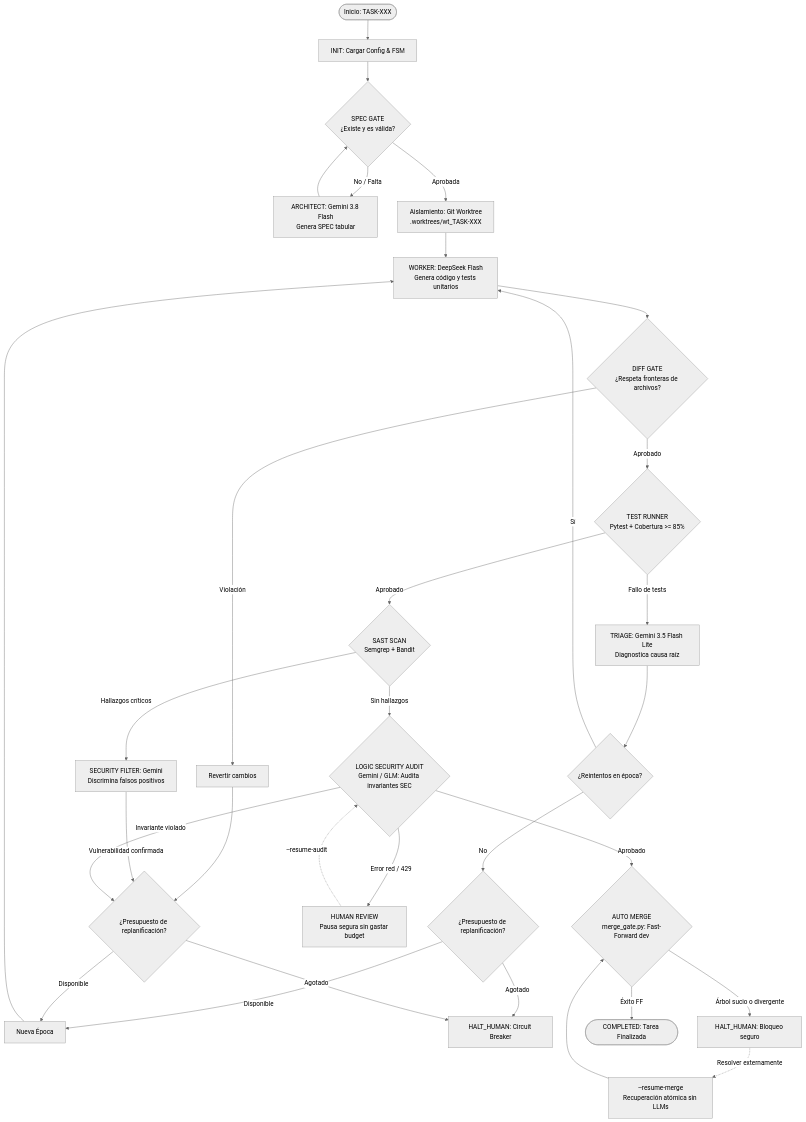
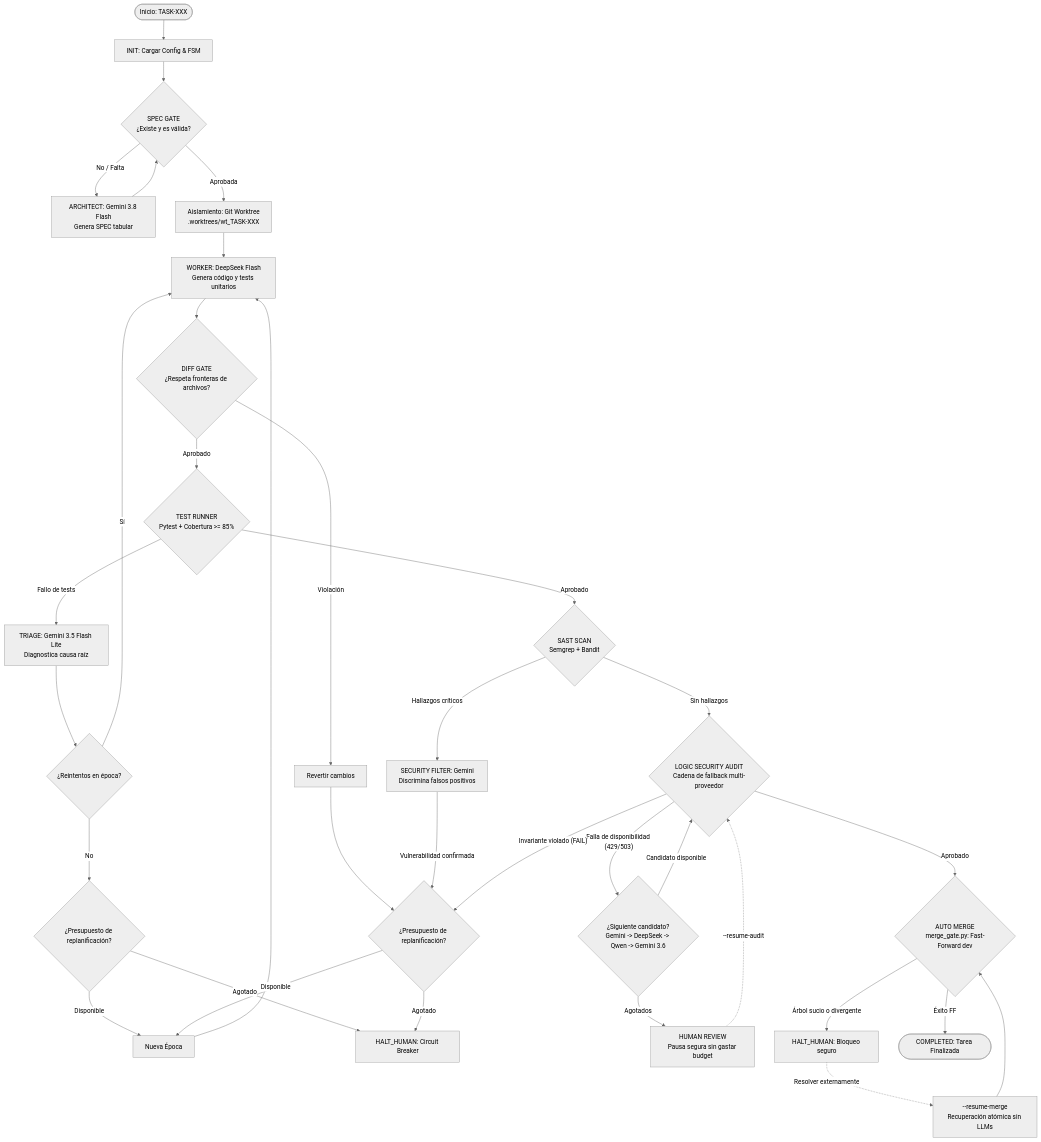
Before and after one commit to LE0ST/autonomous-multi-agent-software-factory: the diagram in README_ES.md, drawn with Mermaid (neutral theme). The commit also changed other lines of this file and 3 other files, not shown here.

Commit message:
docs: document TASK-005 case study and multi-provider logic audit fallback

````diff
--- a/README_ES.md
+++ b/README_ES.md
@@ -38,41 +38,43 @@
 ```mermaid
 flowchart TD
     Start([Inicio: TASK-XXX]) --> INIT[INIT: Cargar Config & FSM]
     INIT --> SPEC_GATE{SPEC GATE<br/>¿Existe y es válida?}
 
     SPEC_GATE -- No / Falta --> ARCHITECT[ARCHITECT: Gemini 3.8 Flash<br/>Genera SPEC tabular]
     ARCHITECT --> SPEC_GATE
 
     SPEC_GATE -- Aprobada --> WORKTREE[Aislamiento: Git Worktree<br/>.worktrees/wt_TASK-XXX]
     WORKTREE --> WORKER[WORKER: DeepSeek Flash<br/>Genera código y tests unitarios]
 
     WORKER --> DIFF_GATE{DIFF GATE<br/>¿Respeta fronteras de archivos?}
     DIFF_GATE -- Violación --> REVERT_DIFF[Revertir cambios] --> REPLAN_SEC{¿Presupuesto de replanificación?}
 
     DIFF_GATE -- Aprobado --> TESTING{TEST RUNNER<br/>Pytest + Cobertura >= 85%}
     TESTING -- Fallo de tests --> TRIAGE[TRIAGE: Gemini 3.5 Flash Lite<br/>Diagnostica causa raíz]
     TRIAGE --> RETRY_EPOCH{¿Reintentos en época?}
     RETRY_EPOCH -- Sí --> WORKER
     RETRY_EPOCH -- No --> REPLAN_LOG{¿Presupuesto de replanificación?}
     REPLAN_LOG -- Disponible --> NEW_EPOCH[Nueva Época] --> WORKER
     REPLAN_LOG -- Agotado --> HALT_HUMAN[HALT_HUMAN: Circuit Breaker]
 
     TESTING -- Aprobado --> SAST{SAST SCAN<br/>Semgrep + Bandit}
     SAST -- Hallazgos críticos --> SAST_FILTER[SECURITY FILTER: Gemini<br/>Discrimina falsos positivos]
     SAST_FILTER -- Vulnerabilidad confirmada --> REPLAN_SEC
     REPLAN_SEC -- Disponible --> NEW_EPOCH
     REPLAN_SEC -- Agotado --> HALT_HUMAN
 
-    SAST -- Sin hallazgos --> LOGIC_AUDIT{LOGIC SECURITY AUDIT<br/>Gemini / GLM: Audita invariantes SEC}
-    LOGIC_AUDIT -- Error red / 429 --> HUMAN_REVIEW[HUMAN REVIEW<br/>Pausa segura sin gastar budget]
-    LOGIC_AUDIT -- Invariante violado --> REPLAN_SEC
+    SAST -- Sin hallazgos --> LOGIC_AUDIT{LOGIC SECURITY AUDIT<br/>Cadena de fallback multi-proveedor}
+    LOGIC_AUDIT -- Falla de disponibilidad (429/503) --> FALLBACK{¿Siguiente candidato?<br/>Gemini -> DeepSeek -> Qwen -> Gemini 3.6}
+    FALLBACK -- Candidato disponible --> LOGIC_AUDIT
+    FALLBACK -- Agotados --> HUMAN_REVIEW[HUMAN REVIEW<br/>Pausa segura sin gastar budget]
+    LOGIC_AUDIT -- Invariante violado (FAIL) --> REPLAN_SEC
 
     HUMAN_REVIEW -. --resume-audit .-> LOGIC_AUDIT
 
     LOGIC_AUDIT -- Aprobado --> AUTO_MERGE{AUTO MERGE<br/>merge_gate.py: Fast-Forward dev}
     AUTO_MERGE -- Árbol sucio o divergente --> HALT_MERGE[HALT_HUMAN: Bloqueo seguro]
     AUTO_MERGE -- Éxito FF --> COMPLETED([COMPLETED: Tarea Finalizada])
 
     HALT_MERGE -. Resolver externamente .-> RESUME[--resume-merge<br/>Recuperación atómica sin LLMs]
     RESUME --> AUTO_MERGE
 ```
````
